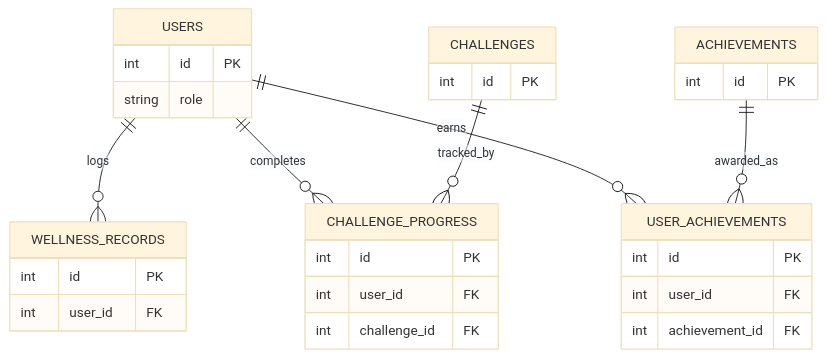
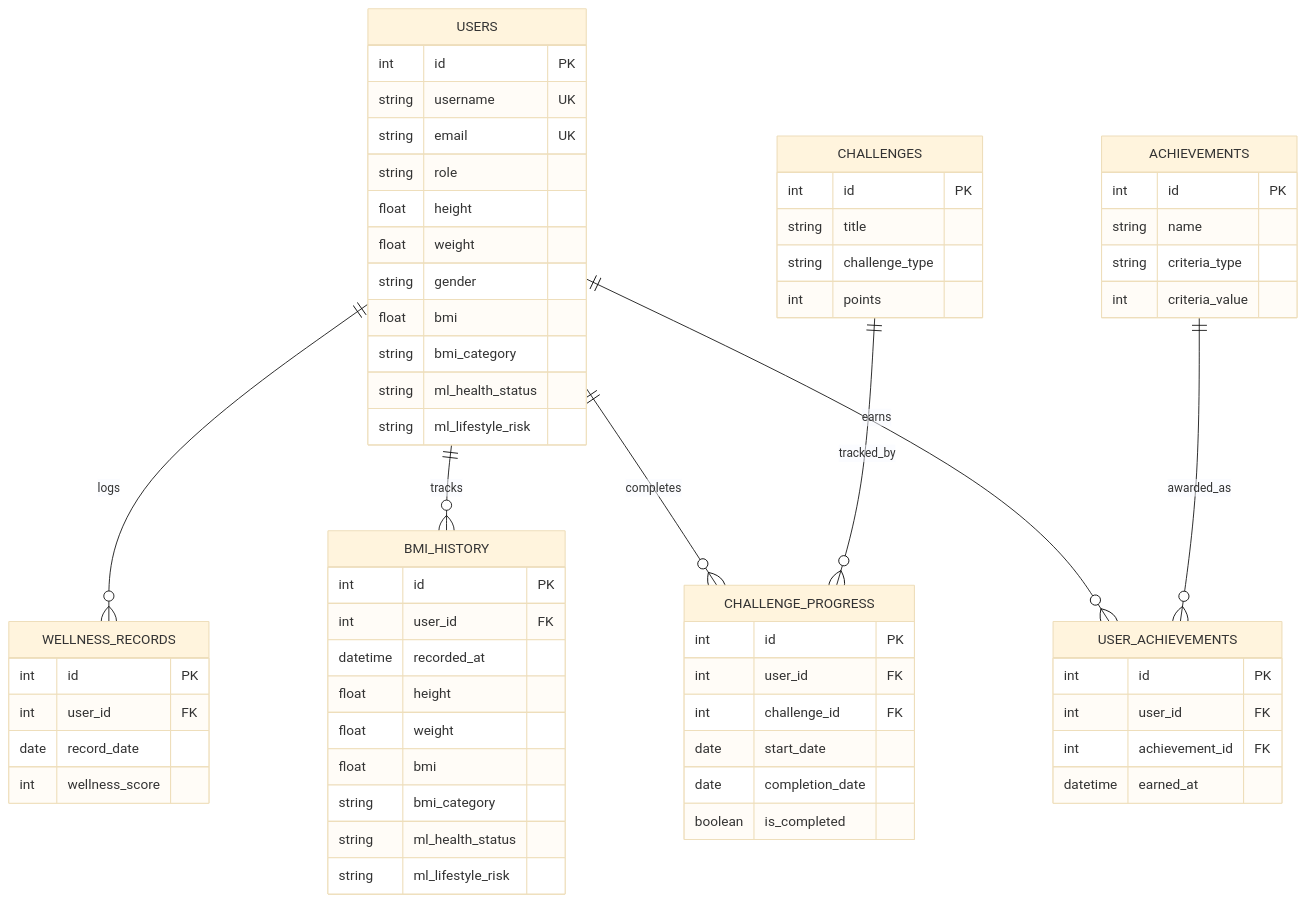
Before and after one commit to goxxie08/Wellvia: the second of 3 diagrams in SYSTEM_DESIGN.md, drawn with Mermaid (base theme). The commit also changed other lines of this file and 2 other files, not shown here.

````diff
--- a/SYSTEM_DESIGN.md
+++ b/SYSTEM_DESIGN.md
@@ -250,33 +281,66 @@
 ```mermaid
 erDiagram
     USERS ||--o{ WELLNESS_RECORDS : logs
+    USERS ||--o{ BMI_HISTORY : tracks
     USERS ||--o{ CHALLENGE_PROGRESS : completes
     USERS ||--o{ USER_ACHIEVEMENTS : earns
     CHALLENGES ||--o{ CHALLENGE_PROGRESS : tracked_by
     ACHIEVEMENTS ||--o{ USER_ACHIEVEMENTS : awarded_as
     
     USERS {
         int id PK
+        string username UK
+        string email UK
         string role
+        float height
+        float weight
+        string gender
+        float bmi
+        string bmi_category
+        string ml_health_status
+        string ml_lifestyle_risk
+    }
+    BMI_HISTORY {
+        int id PK
+        int user_id FK
+        datetime recorded_at
+        float height
+        float weight
+        float bmi
+        string bmi_category
+        string ml_health_status
+        string ml_lifestyle_risk
     }
     WELLNESS_RECORDS {
         int id PK
         int user_id FK
+        date record_date
+        int wellness_score
     }
     CHALLENGES {
         int id PK
+        string title
+        string challenge_type
+        int points
     }
     CHALLENGE_PROGRESS {
         int id PK
         int user_id FK
         int challenge_id FK
+        date start_date
+        date completion_date
+        boolean is_completed
     }
     ACHIEVEMENTS {
         int id PK
+        string name
+        string criteria_type
+        int criteria_value
     }
     USER_ACHIEVEMENTS {
         int id PK
         int user_id FK
         int achievement_id FK
+        datetime earned_at
     }
 ```
````
